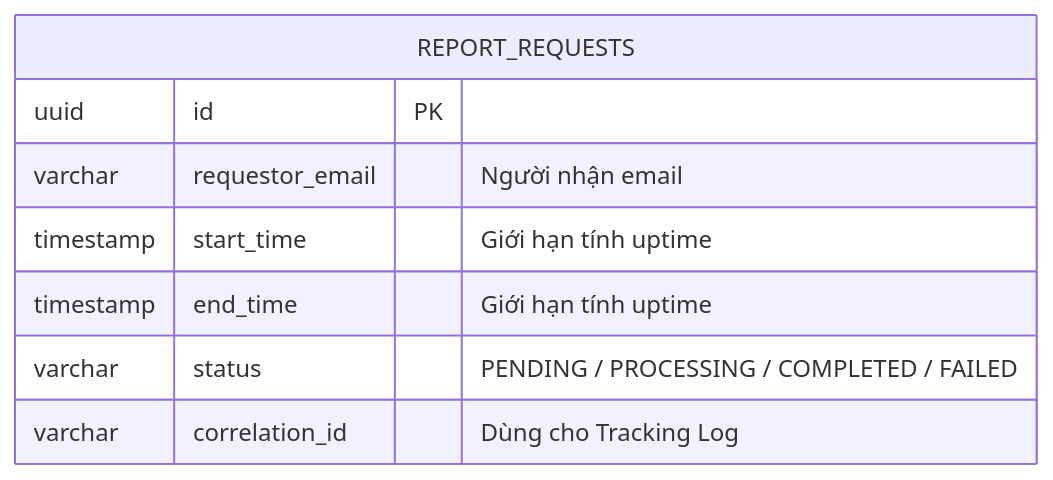
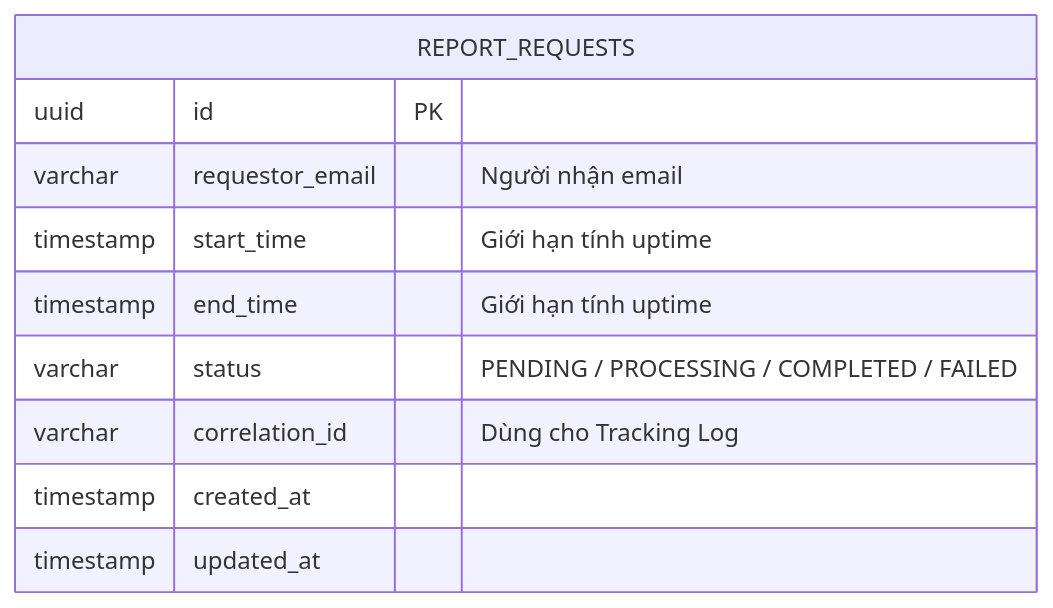
Before and after one commit to dinhdat07/server-management-service: the second of 3 diagrams in docs/ARCHITECTURE.md, drawn with Mermaid. The commit also changed other lines of this file and 8 other files, not shown here.

Commit message:
docs: update C4 model diagram, and architecture docs, add user manual doc

````diff
--- a/docs/ARCHITECTURE.md
+++ b/docs/ARCHITECTURE.md
@@ -214,11 +325,13 @@
 ```mermaid
 erDiagram
     REPORT_REQUESTS {
         uuid id PK
         varchar requestor_email "Người nhận email"
         timestamp start_time "Giới hạn tính uptime"
         timestamp end_time "Giới hạn tính uptime"
         varchar status "PENDING / PROCESSING / COMPLETED / FAILED"
         varchar correlation_id "Dùng cho Tracking Log"
+        timestamp created_at
+        timestamp updated_at
     }
 ```
````
